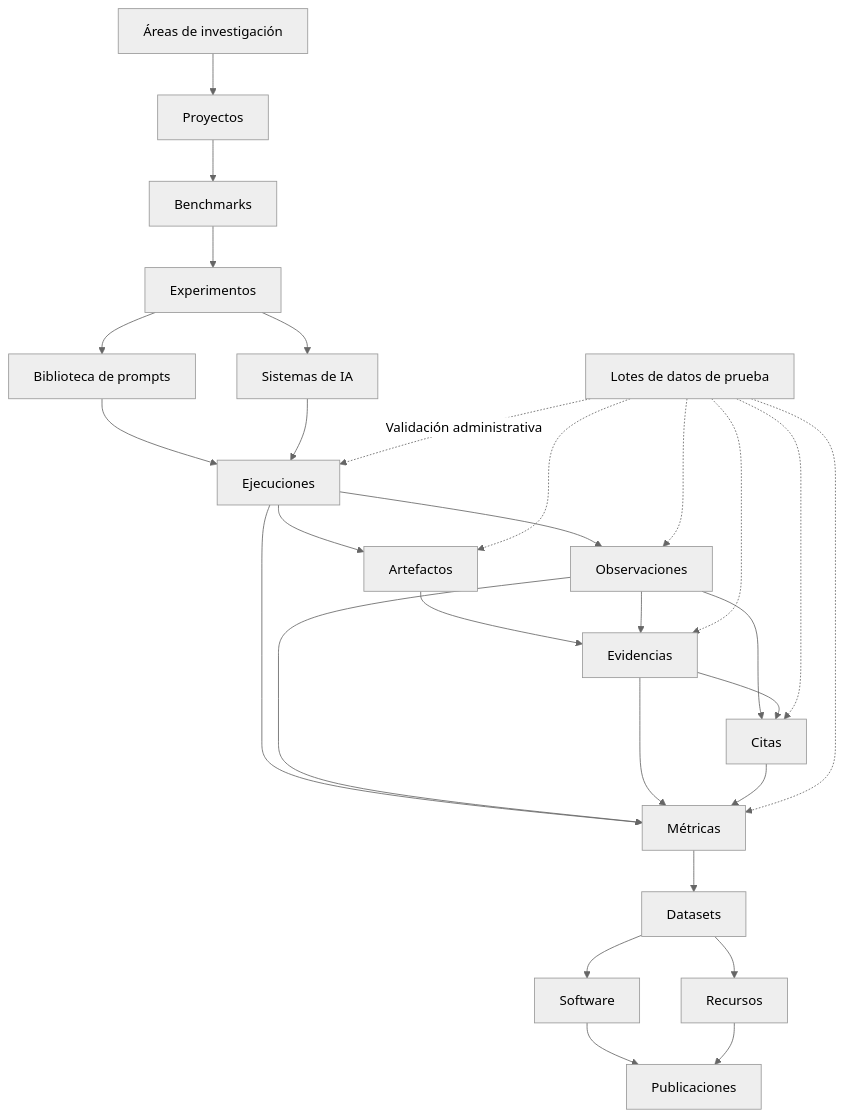
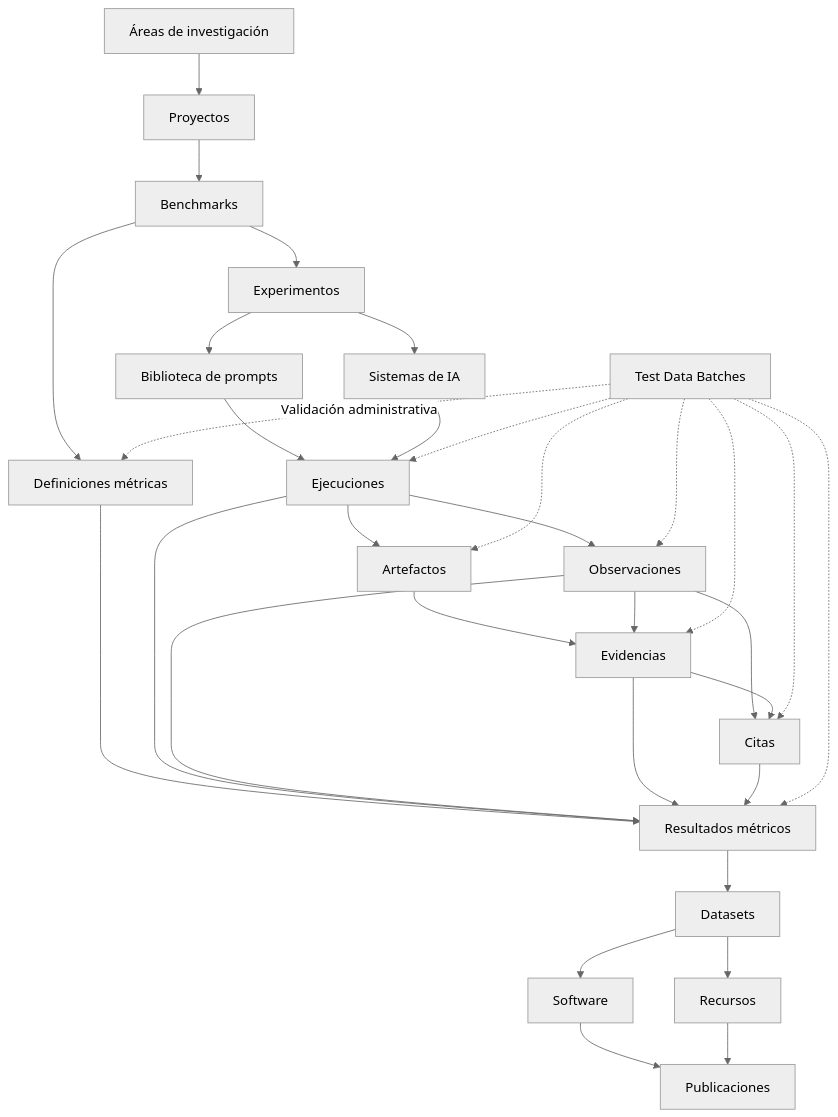
Before and after one commit to gslhub/website: the diagram in README.es.md, drawn with Mermaid (neutral theme). The commit also changed other lines of this file, not shown here.

Commit message:
docs: actualizar README español para gobernanza de métricas

````diff
--- a/README.es.md
+++ b/README.es.md
@@ -83,36 +86,39 @@
 ```mermaid
 flowchart TD
     A[Áreas de investigación] --> B[Proyectos]
     B --> C[Benchmarks]
     C --> D[Experimentos]
+    C --> MD[Definiciones métricas]
 
     D --> E[Biblioteca de prompts]
     D --> F[Sistemas de IA]
     E --> G[Ejecuciones]
     F --> G
 
     G --> H[Observaciones]
     G --> I[Artefactos]
     I --> J[Evidencias]
     H --> J
     H --> K[Citas]
     J --> K
 
-    G --> L[Métricas]
+    MD --> L[Resultados métricos]
+    G --> L
     H --> L
     J --> L
     K --> L
 
     L --> M[Datasets]
     M --> N[Software]
     M --> O[Recursos]
     N --> P[Publicaciones]
     O --> P
 
-    T[Lotes de datos de prueba] -. Validación administrativa .-> G
+    T[Test Data Batches] -. Validación administrativa .-> MD
+    T -.-> G
     T -.-> H
     T -.-> I
     T -.-> J
     T -.-> K
     T -.-> L
 ```
````
